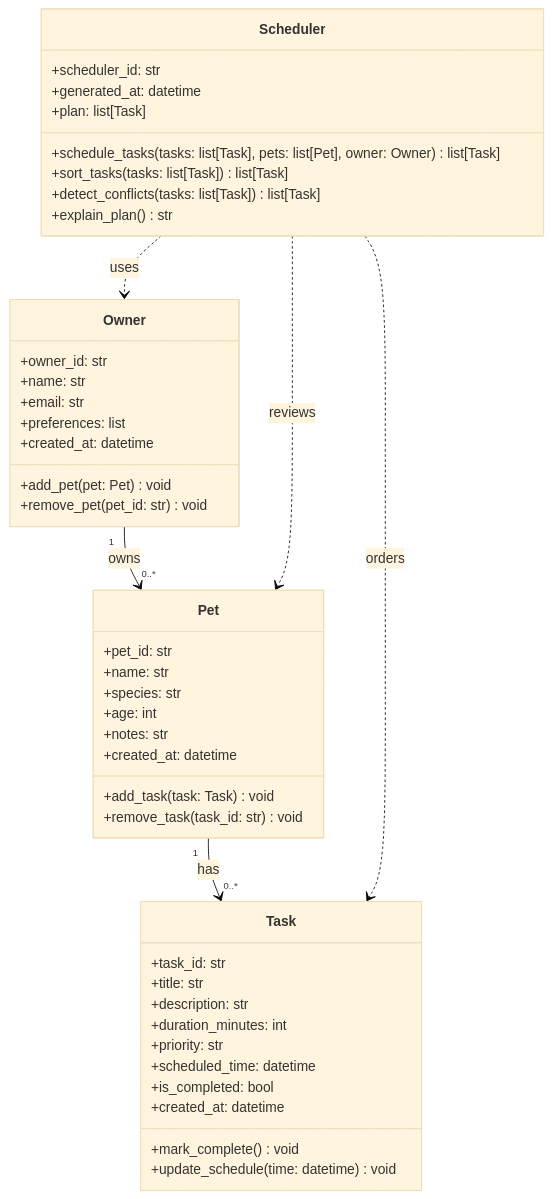
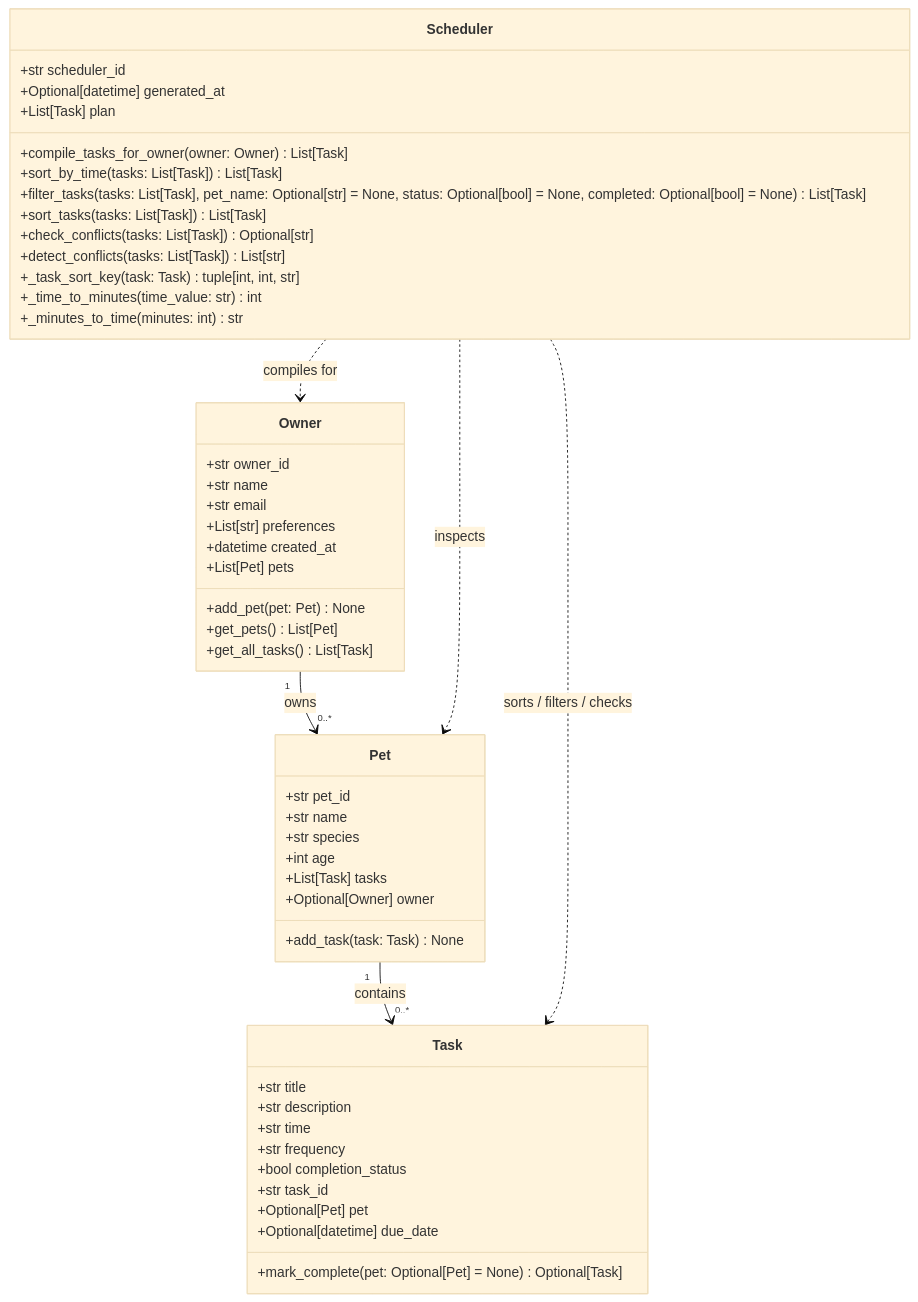
One commit to vedikapontie/ai110-module2show-pawpal-starter changed the diagram in diagrams/uml.mmd. Above: the diagram before and after it, drawn with Mermaid (base theme). The commit also changed 5 other files, not shown here.

```diff
--- a/diagrams/uml.mmd
+++ b/diagrams/uml.mmd
@@ -1,50 +1,55 @@
 classDiagram
-    class Owner {
-        +owner_id: str
-        +name: str
-        +email: str
-        +preferences: list
-        +created_at: datetime
-        +add_pet(pet: Pet) void
-        +remove_pet(pet_id: str) void
+    class Task {
+        +str title
+        +str description
+        +str time
+        +str frequency
+        +bool completion_status
+        +str task_id
+        +Optional[Pet] pet
+        +Optional[datetime] due_date
+        +mark_complete(pet: Optional[Pet] = None) Optional[Task]
     }
 
     class Pet {
-        +pet_id: str
-        +name: str
-        +species: str
-        +age: int
-        +notes: str
-        +created_at: datetime
-        +add_task(task: Task) void
-        +remove_task(task_id: str) void
+        +str pet_id
+        +str name
+        +str species
+        +int age
+        +List[Task] tasks
+        +Optional[Owner] owner
+        +add_task(task: Task) None
     }
 
-    class Task {
-        +task_id: str
-        +title: str
-        +description: str
-        +duration_minutes: int
-        +priority: str
-        +scheduled_time: datetime
-        +is_completed: bool
-        +created_at: datetime
-        +mark_complete() void
-        +update_schedule(time: datetime) void
+    class Owner {
+        +str owner_id
+        +str name
+        +str email
+        +List[str] preferences
+        +datetime created_at
+        +List[Pet] pets
+        +add_pet(pet: Pet) None
+        +get_pets() List[Pet]
+        +get_all_tasks() List[Task]
     }
 
     class Scheduler {
-        +scheduler_id: str
-        +generated_at: datetime
-        +plan: list[Task]
-        +schedule_tasks(tasks: list[Task], pets: list[Pet], owner: Owner) list[Task]
-        +sort_tasks(tasks: list[Task]) list[Task]
-        +detect_conflicts(tasks: list[Task]) list[Task]
-        +explain_plan() str
+        +str scheduler_id
+        +Optional[datetime] generated_at
+        +List[Task] plan
+        +compile_tasks_for_owner(owner: Owner) List[Task]
+        +sort_by_time(tasks: List[Task]) List[Task]
+        +filter_tasks(tasks: List[Task], pet_name: Optional[str] = None, status: Optional[bool] = None, completed: Optional[bool] = None) List[Task]
+        +sort_tasks(tasks: List[Task]) List[Task]
+        +check_conflicts(tasks: List[Task]) Optional[str]
+        +detect_conflicts(tasks: List[Task]) List[str]
+        +_task_sort_key(task: Task) tuple[int, int, str]
+        +_time_to_minutes(time_value: str) int
+        +_minutes_to_time(minutes: int) str
     }
 
     Owner "1" --> "0..*" Pet : owns
-    Pet "1" --> "0..*" Task : has
-    Scheduler ..> Owner : uses
-    Scheduler ..> Pet : reviews
-    Scheduler ..> Task : orders
+    Pet "1" --> "0..*" Task : contains
+    Scheduler ..> Owner : compiles for
+    Scheduler ..> Pet : inspects
+    Scheduler ..> Task : sorts / filters / checks
```
